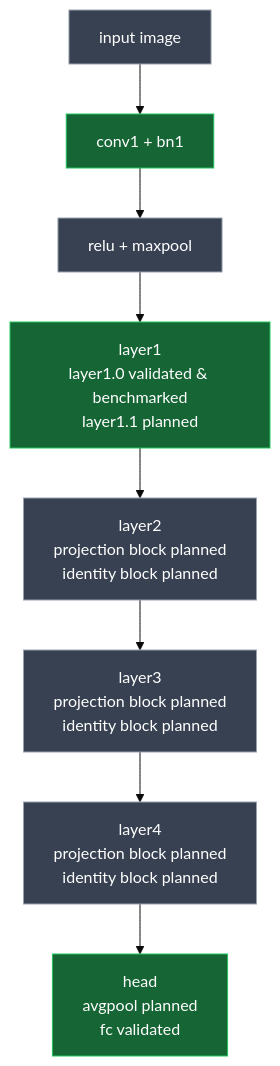
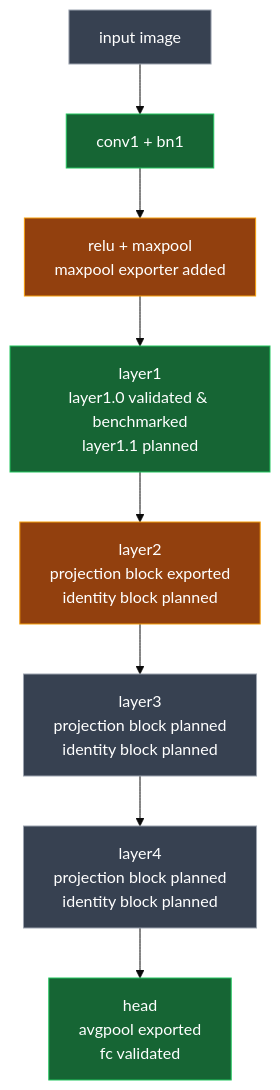
The diagram in docs/resnet18_coverage.md (awaldm/dlinf), drawn with Mermaid (base theme) before and after one commit. The commit also changed other lines of this file and 5 other files, not shown here.

Commit message:
feat: added pytorch exporters for avgpool, maxpool and a bprojection/downsample basicblock

````diff
--- a/docs/resnet18_coverage.md
+++ b/docs/resnet18_coverage.md
@@ -10,20 +10,22 @@
 ```mermaid
 flowchart TB
     input["input image"]
     convbn["conv1 + bn1"]
-    relupool["relu + maxpool"]
+    relupool["relu + maxpool<br/>maxpool exporter added"]
     layer1["layer1<br/>layer1.0 validated &amp; benchmarked<br/>layer1.1 planned"]
-    layer2["layer2<br/>projection block planned<br/>identity block planned"]
+    layer2["layer2<br/>projection block exported<br/>identity block planned"]
     layer3["layer3<br/>projection block planned<br/>identity block planned"]
     layer4["layer4<br/>projection block planned<br/>identity block planned"]
-    head["head<br/>avgpool planned<br/>fc validated"]
+    head["head<br/>avgpool exported<br/>fc validated"]
+
 
     input --> convbn --> relupool --> layer1 --> layer2 --> layer3 --> layer4 --> head
 
     classDef validated fill:#166534,stroke:#22c55e,color:#ffffff;
     classDef exported fill:#92400e,stroke:#f59e0b,color:#ffffff;
     classDef planned fill:#374151,stroke:#9ca3af,color:#ffffff;
 
     class convbn,layer1,head validated;
-    class input,relupool,layer2,layer3,layer4 planned;
+    class relupool,layer2 exported;
+    class input,layer3,layer4 planned;
 ```
````
